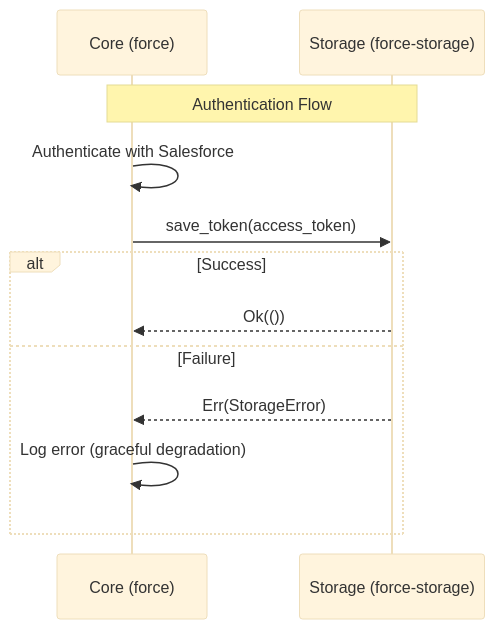
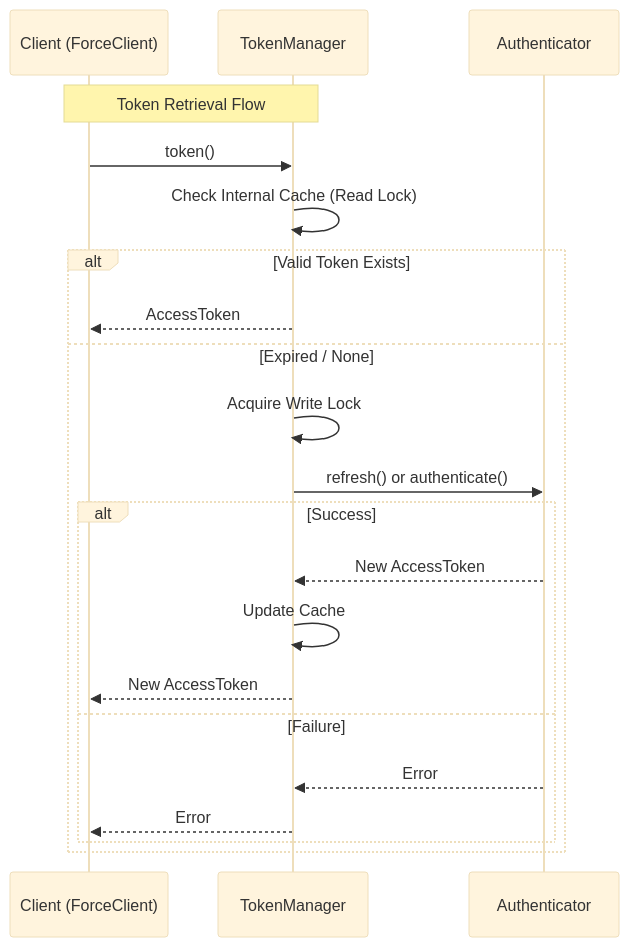
The third of 3 diagrams in docs/architecture.md (madmax983/force-rs), drawn with Mermaid (base theme) before and after one commit. The commit also changed other lines of this file and 1 other file, not shown here.

Commit message:
Updated ADR-009 to 'Accepted' status and refined the decision to reflect the actual module-based decoupling implementation (using TokenManager struct). Updated docs/architecture.md Class and Sequence diagrams to match the codebase, removing the incorrect 'Trait Bound' representation.

````diff
--- a/docs/architecture.md
+++ b/docs/architecture.md
@@ -35,15 +38,24 @@
 ```mermaid
 sequenceDiagram
-    participant C as Core (force)
-    participant S as Storage (force-storage)
+    participant C as Client (ForceClient)
+    participant TM as TokenManager
+    participant A as Authenticator
 
-    Note over C, S: Authentication Flow
-    C->>C: Authenticate with Salesforce
-    C->>S: save_token(access_token)
-    alt Success
-        S-->>C: Ok(())
-    else Failure
-        S-->>C: Err(StorageError)
-        C->>C: Log error (graceful degradation)
+    Note over C, TM: Token Retrieval Flow
+    C->>TM: token()
+    TM->>TM: Check Internal Cache (Read Lock)
+    alt Valid Token Exists
+        TM-->>C: AccessToken
+    else Expired / None
+        TM->>TM: Acquire Write Lock
+        TM->>A: refresh() or authenticate()
+        alt Success
+            A-->>TM: New AccessToken
+            TM->>TM: Update Cache
+            TM-->>C: New AccessToken
+        else Failure
+            A-->>TM: Error
+            TM-->>C: Error
+        end
     end
 ```
````
